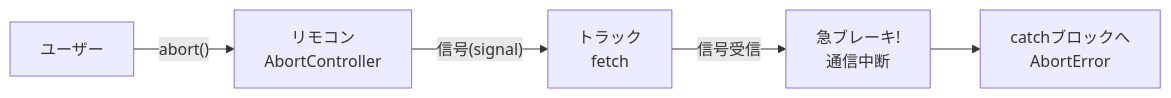
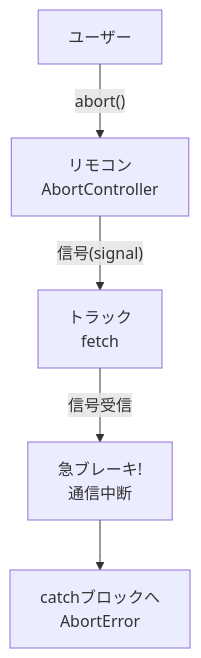
Before and after one commit to komiyamma/site_ichika_study_async_await_fetch: the diagram in D13.md, drawn with Mermaid. The commit also changed 1 other file, not shown here.

Commit message:
fix: D06.mdのフローチャートの表記を修正し、D13.mdのグラフの方向を変更 - D06.md: チケットのフローチャートで、ノードの表記を修正しました。 - D13.md: グラフの方向をLRからTDに変更しました。

````diff
--- a/D13.md
+++ b/D13.md
@@ -150,8 +150,8 @@
 ```mermaid
-graph LR
+graph TD
     User[ユーザー] -- abort() --> Remote[リモコン<br>AbortController]
     Remote -- 信号(signal) --> Truck[トラック<br>fetch]
     
     Truck -- 信号受信 --> Stop[急ブレーキ!<br>通信中断]
     Stop --> Catch[catchブロックへ<br>AbortError]
 ```
````
